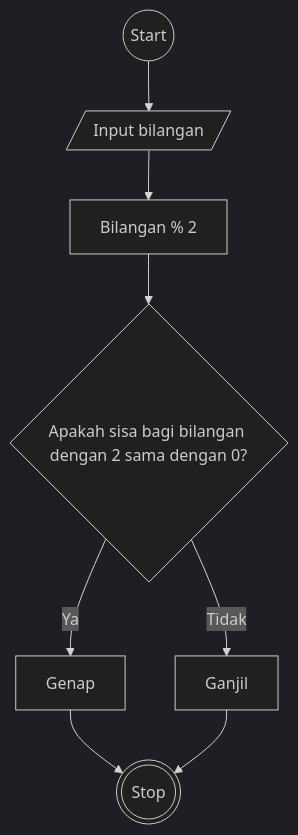
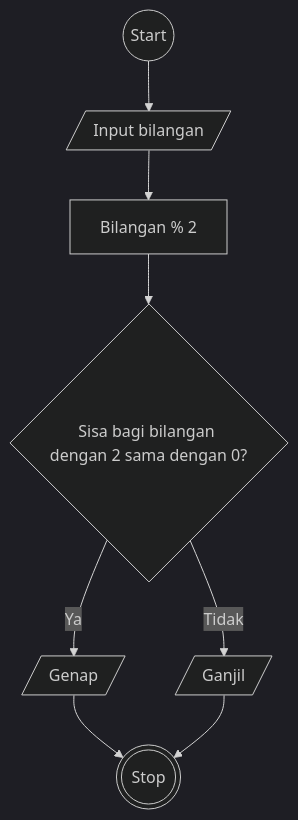
Before and after one commit to rizallk/koda-b1-algoritm: the diagram in koda-b1-algoritm-ganjil-genap.md, drawn with Mermaid (dark theme).

Commit message:
Update symbol type

````diff
--- a/koda-b1-algoritm-ganjil-genap.md
+++ b/koda-b1-algoritm-ganjil-genap.md
@@ -16,9 +16,9 @@
 ``` mermaid
 flowchart TD
   1@{ shape: circle, label: "Start" } -->
   2[/Input bilangan/] -->
   3[Bilangan % 2] -->
-  4{Apakah sisa bagi bilangan dengan 2 sama dengan 0?}
-  4 --> |Ya| 5[Genap] --> 7@{ shape: dbl-circ, label: "Stop" }
-  4 --> |Tidak| 6[Ganjil] --> 7@{ shape: dbl-circ, label: "Stop" }
+  4{Sisa bagi bilangan dengan 2 sama dengan 0?}
+  4 --> |Ya| 5[/Genap/] --> 7@{ shape: dbl-circ, label: "Stop" }
+  4 --> |Tidak| 6[/Ganjil/] --> 7@{ shape: dbl-circ, label: "Stop" }
 ```
````
